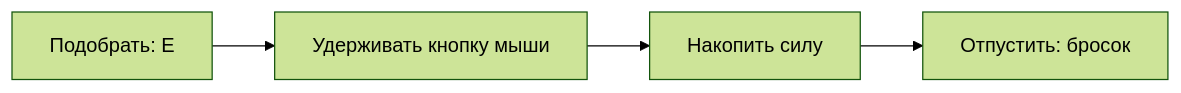
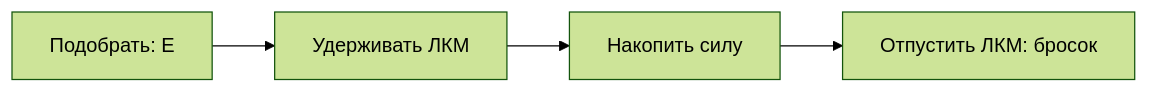
The first of 2 diagrams in Documentation/GameDesign/Mechanics/Throwing_Items.md (Maychensky/game-design-docs), drawn with Mermaid (forest theme) before and after one commit. The commit also changed other lines of this file, not shown here.

Commit message:
docs: merge original GDD with diagrams and credit Secret Neighbor reference

````diff
--- a/Documentation/GameDesign/Mechanics/Throwing_Items.md
+++ b/Documentation/GameDesign/Mechanics/Throwing_Items.md
@@ -17,6 +43,6 @@
 ```mermaid
 flowchart LR
-    A["Подобрать: E"] --> B["Удерживать кнопку мыши"]
+    A["Подобрать: E"] --> B["Удерживать ЛКМ"]
     B --> C["Накопить силу"]
-    C --> D["Отпустить: бросок"]
+    C --> D["Отпустить ЛКМ: бросок"]
 ```
````
